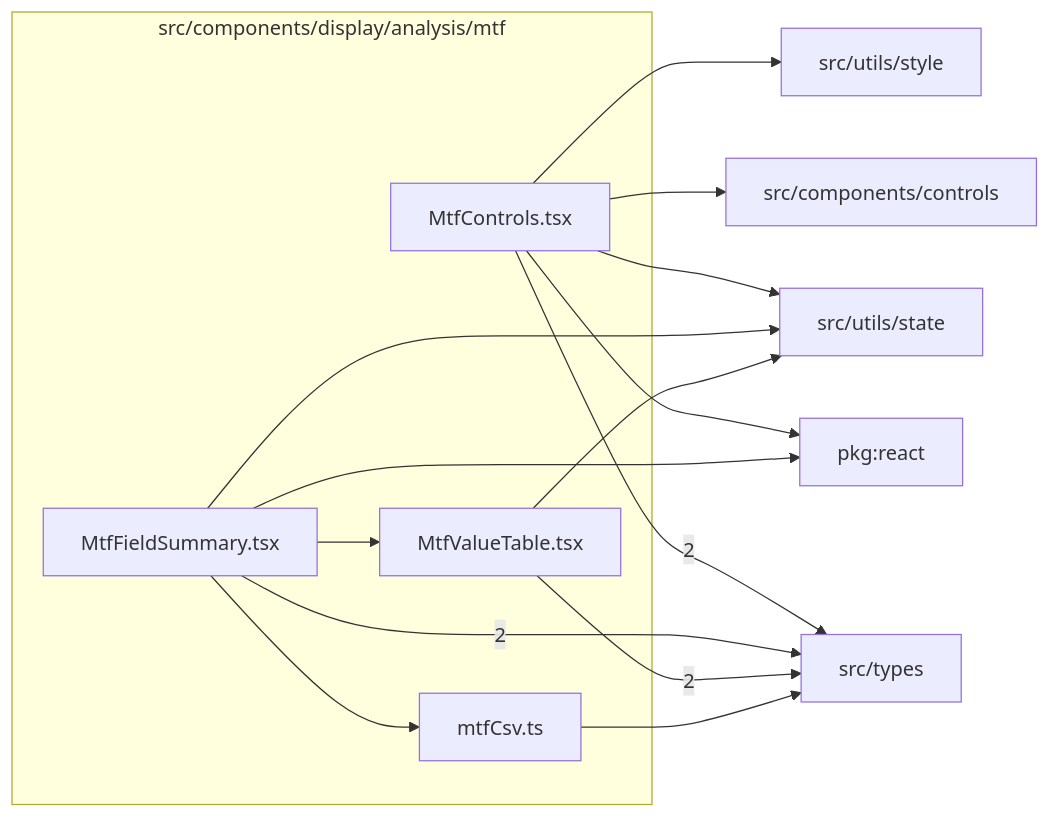
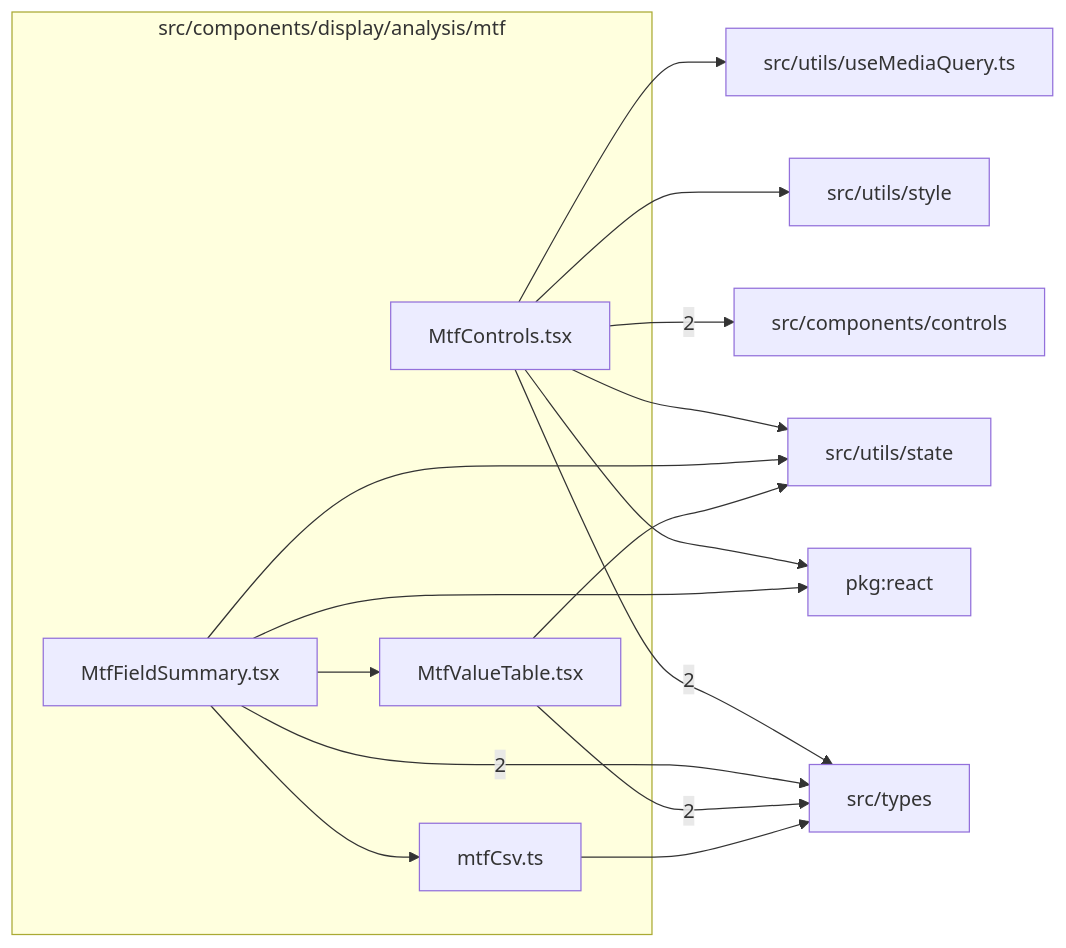
One commit to ronbuening/LensVisualizer changed the diagram in src/components/display/analysis/mtf/readme.md. Above: the diagram before and after it, drawn with Mermaid. The commit also changed other lines of this file and 10 other files, not shown here.

````diff
--- a/src/components/display/analysis/mtf/readme.md
+++ b/src/components/display/analysis/mtf/readme.md
@@ -9,27 +9,29 @@
 ```mermaid
 flowchart LR
   subgraph n_src_components_display_analysis_mtf["src/components/display/analysis/mtf"]
     n_src_components_display_analysis_mtf_src_components_display_analysis_mtf_MtfControls_tsx["MtfControls.tsx"]
     n_src_components_display_analysis_mtf_src_components_display_analysis_mtf_mtfCsv_ts["mtfCsv.ts"]
     n_src_components_display_analysis_mtf_src_components_display_analysis_mtf_MtfFieldSummary_tsx["MtfFieldSummary.tsx"]
     n_src_components_display_analysis_mtf_src_components_display_analysis_mtf_MtfValueTable_tsx["MtfValueTable.tsx"]
   end
+  n_external_src_components_controls["src/components/controls"]
   n_external_src_types["src/types"]
   n_external_pkg_react["pkg:react"]
-  n_external_src_components_controls["src/components/controls"]
   n_external_src_utils_state["src/utils/state"]
   n_external_src_utils_style["src/utils/style"]
+  n_external_src_utils_useMediaQuery_ts["src/utils/useMediaQuery.ts"]
+  n_src_components_display_analysis_mtf_src_components_display_analysis_mtf_MtfControls_tsx --> |2| n_external_src_components_controls
   n_src_components_display_analysis_mtf_src_components_display_analysis_mtf_MtfControls_tsx --> |2| n_external_src_types
   n_src_components_display_analysis_mtf_src_components_display_analysis_mtf_MtfFieldSummary_tsx --> |2| n_external_src_types
   n_src_components_display_analysis_mtf_src_components_display_analysis_mtf_MtfValueTable_tsx --> |2| n_external_src_types
   n_src_components_display_analysis_mtf_src_components_display_analysis_mtf_MtfControls_tsx --> n_external_pkg_react
   n_src_components_display_analysis_mtf_src_components_display_analysis_mtf_MtfFieldSummary_tsx --> n_external_pkg_react
-  n_src_components_display_analysis_mtf_src_components_display_analysis_mtf_MtfControls_tsx --> n_external_src_components_controls
   n_src_components_display_analysis_mtf_src_components_display_analysis_mtf_mtfCsv_ts --> n_external_src_types
   n_src_components_display_analysis_mtf_src_components_display_analysis_mtf_MtfControls_tsx --> n_external_src_utils_state
   n_src_components_display_analysis_mtf_src_components_display_analysis_mtf_MtfFieldSummary_tsx --> n_external_src_utils_state
   n_src_components_display_analysis_mtf_src_components_display_analysis_mtf_MtfValueTable_tsx --> n_external_src_utils_state
   n_src_components_display_analysis_mtf_src_components_display_analysis_mtf_MtfControls_tsx --> n_external_src_utils_style
+  n_src_components_display_analysis_mtf_src_components_display_analysis_mtf_MtfControls_tsx --> n_external_src_utils_useMediaQuery_ts
   n_src_components_display_analysis_mtf_src_components_display_analysis_mtf_MtfFieldSummary_tsx --> n_src_components_display_analysis_mtf_src_components_display_analysis_mtf_mtfCsv_ts
   n_src_components_display_analysis_mtf_src_components_display_analysis_mtf_MtfFieldSummary_tsx --> n_src_components_display_analysis_mtf_src_components_display_analysis_mtf_MtfValueTable_tsx
 ```
````
